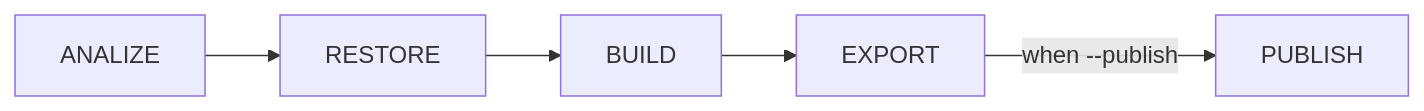
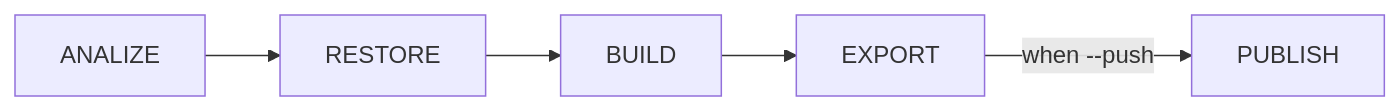
Before and after one commit to buildpacks/rfcs: the diagram in text/0000-publish-operation.md, drawn with Mermaid. The commit also changed other lines of this file, not shown here.

````diff
--- a/text/0000-publish-operation.md
+++ b/text/0000-publish-operation.md
@@ -55,8 +70,8 @@
 ```mermaid
 graph LR
     A[ANALIZE] --> B[RESTORE]
     B --> C[BUILD]
     C --> D[EXPORT]
-    D --> |when --publish| E[PUBLISH]
+    D --> |when --push| E[PUBLISH]
 
 ```
````
